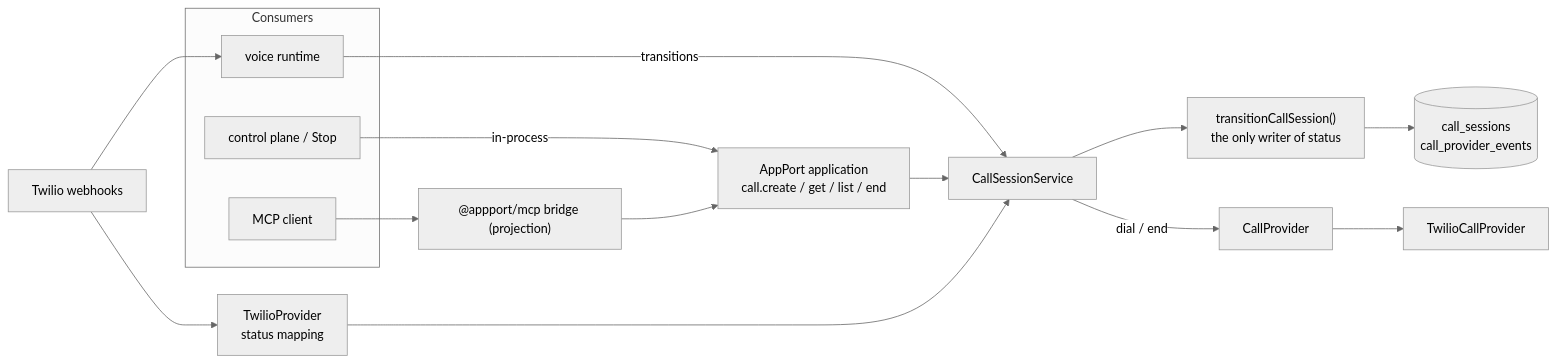
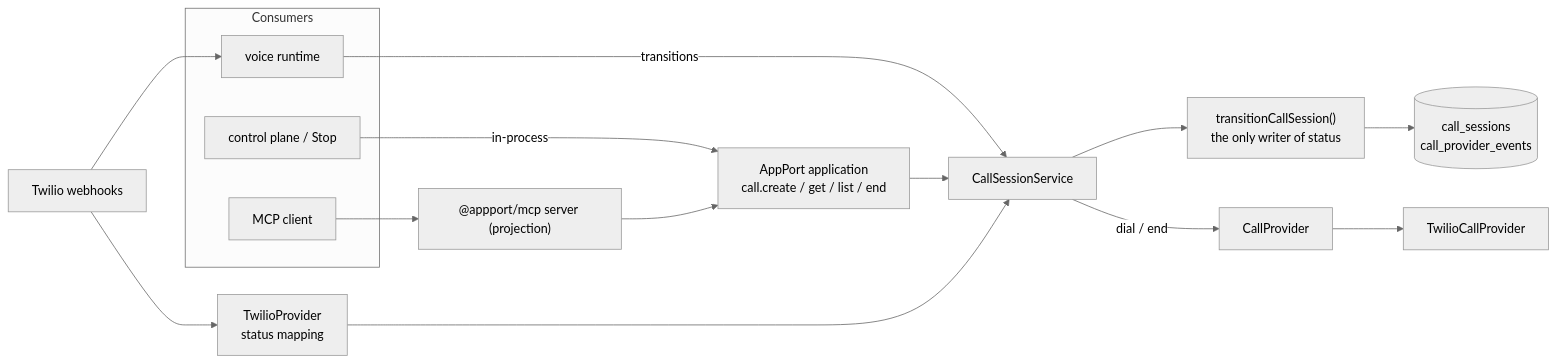
Before and after one commit to rkendel1/text-me: the first of 4 diagrams in docs/call-session.md, drawn with Mermaid (neutral theme). The commit also changed other lines of this file and 14 other files, not shown here.

First line of the commit message:
Mount the real @appport/mcp server at /mcp, retire the in-process bridge

````diff
--- a/docs/call-session.md
+++ b/docs/call-session.md
@@ -14,18 +14,18 @@
 ```mermaid
 flowchart LR
   subgraph Consumers
     WEB[control plane / Stop]
     VR[voice runtime]
     MCPC[MCP client]
   end
   WEB -->|in-process| APP
   VR -->|transitions| SVC
-  MCPC --> MCP["@appport/mcp bridge (projection)"] --> APP
+  MCPC --> MCP["@appport/mcp server (projection)"] --> APP
   APP["AppPort application<br/>call.create / get / list / end"] --> SVC[CallSessionService]
   SVC --> TR["transitionCallSession()<br/>the only writer of status"]
   TR --> DB[("call_sessions<br/>call_provider_events")]
   SVC -->|dial / end| CP[CallProvider]
   CP --> TW[TwilioCallProvider]
   TWH[Twilio webhooks] --> ADAPT["TwilioProvider<br/>status mapping"] --> SVC
   TWH --> VR
 ```
````
